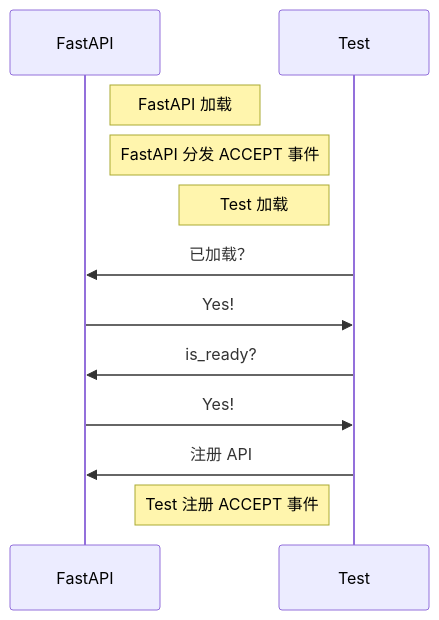
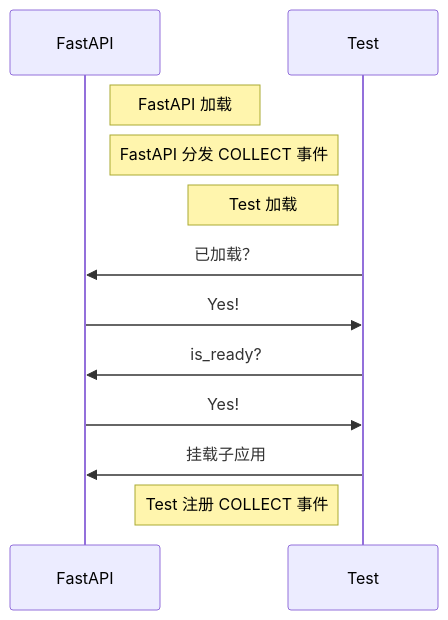
One commit to AnzhiZhang/MCDReforgedPlugins changed the first of 3 diagrams in src/fastapi_mcdr/readme_cn.md. Above: the diagram before and after it, drawn with Mermaid. The commit also changed other lines of this file and 1 other file, not shown here.

````diff
--- a/src/fastapi_mcdr/readme_cn.md
+++ b/src/fastapi_mcdr/readme_cn.md
@@ -57,18 +70,18 @@
 ```mermaid
 sequenceDiagram
     participant FastAPI
     participant Test
 
     Note right of FastAPI: FastAPI 加载
-    Note right of FastAPI: FastAPI 分发 ACCEPT 事件
+    Note right of FastAPI: FastAPI 分发 COLLECT 事件
 
     Note left of Test: Test 加载
 
     Test ->> FastAPI: 已加载？
     FastAPI ->> Test: Yes!
     Test ->> FastAPI: is_ready?
     FastAPI ->> Test: Yes!
-    Test ->> FastAPI: 注册 API
+    Test ->> FastAPI: 挂载子应用
 
-    Note left of Test: Test 注册 ACCEPT 事件
+    Note left of Test: Test 注册 COLLECT 事件
 ```
````
